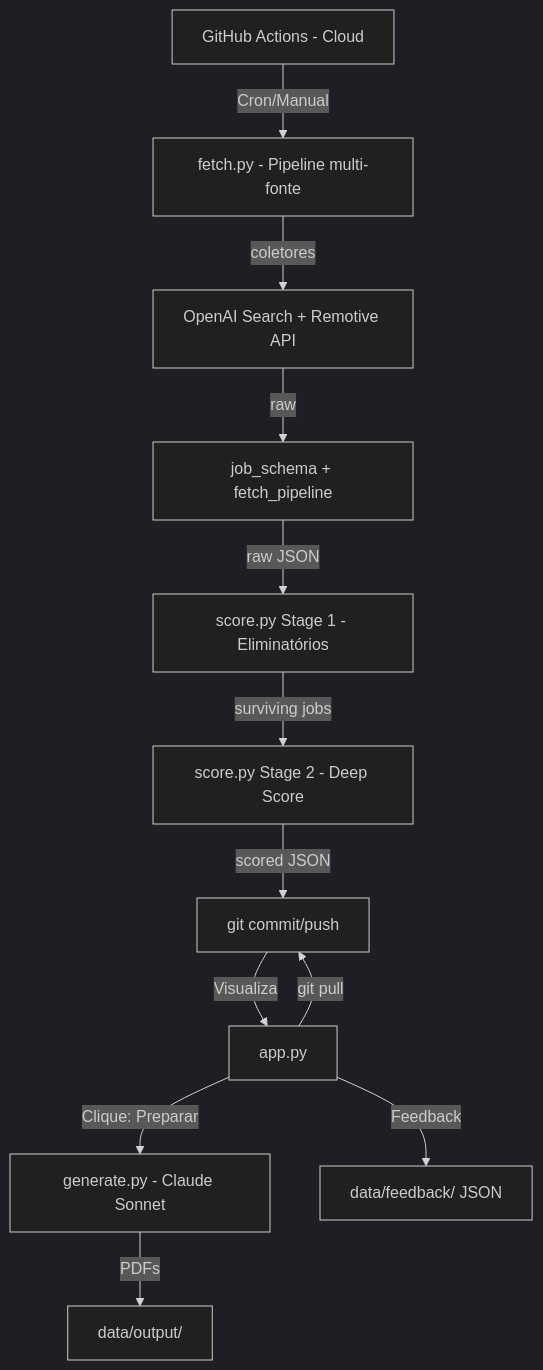
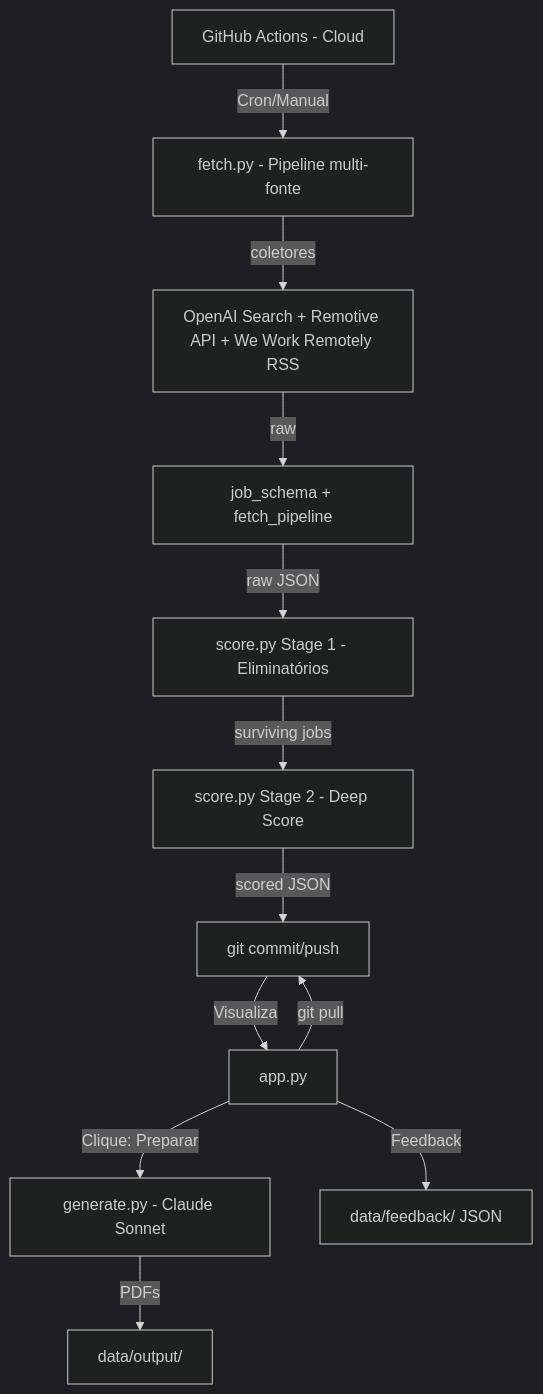
One commit to gmaiarviana/job_radar changed the diagram in ARCHITECTURE.md. Above: the diagram before and after it, drawn with Mermaid (dark theme). The commit also changed other lines of this file and 4 other files, not shown here.

Commit message:
feat(2.3): conector We Work Remotely RSS + atualiza ROADMAP e ARCHITECTURE

````diff
--- a/ARCHITECTURE.md
+++ b/ARCHITECTURE.md
@@ -11,15 +11,15 @@
 ```mermaid
 graph TD
     A[GitHub Actions - Cloud] -->|Cron/Manual| B[fetch.py - Pipeline multi-fonte]
-    B -->|coletores| B1[OpenAI Search + Remotive API]
+    B -->|coletores| B1[OpenAI Search + Remotive API + We Work Remotely RSS]
     B1 -->|raw| B2[job_schema + fetch_pipeline]
     B2 -->|raw JSON| C[score.py Stage 1 - Eliminatórios]
     C -->|surviving jobs| D[score.py Stage 2 - Deep Score]
     D -->|scored JSON| E[git commit/push]
     
     F[Streamlit - Local] -->|git pull| E
     E -->|Visualiza| F[app.py]
     F -->|Clique: Preparar| G[generate.py - Claude Sonnet]
     G -->|PDFs| H[data/output/]
     F -->|Feedback| I[data/feedback/ JSON]
 ```
````
